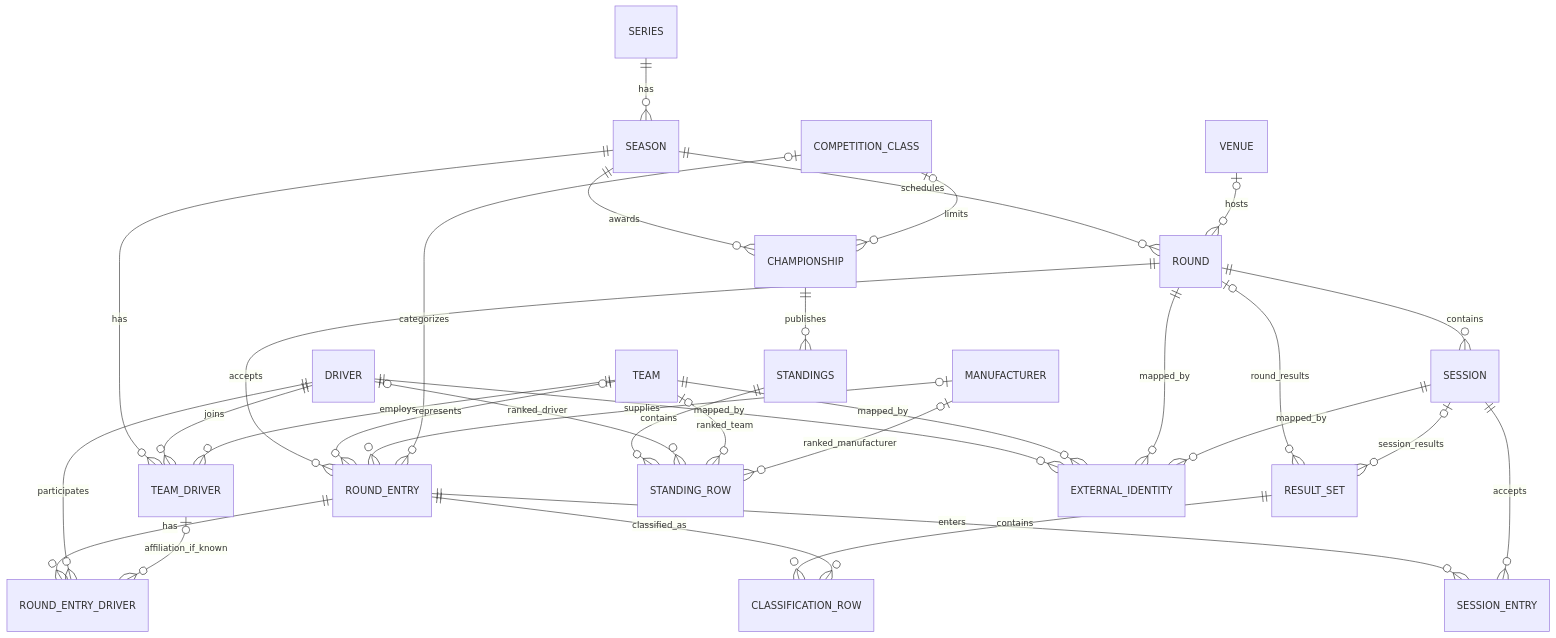
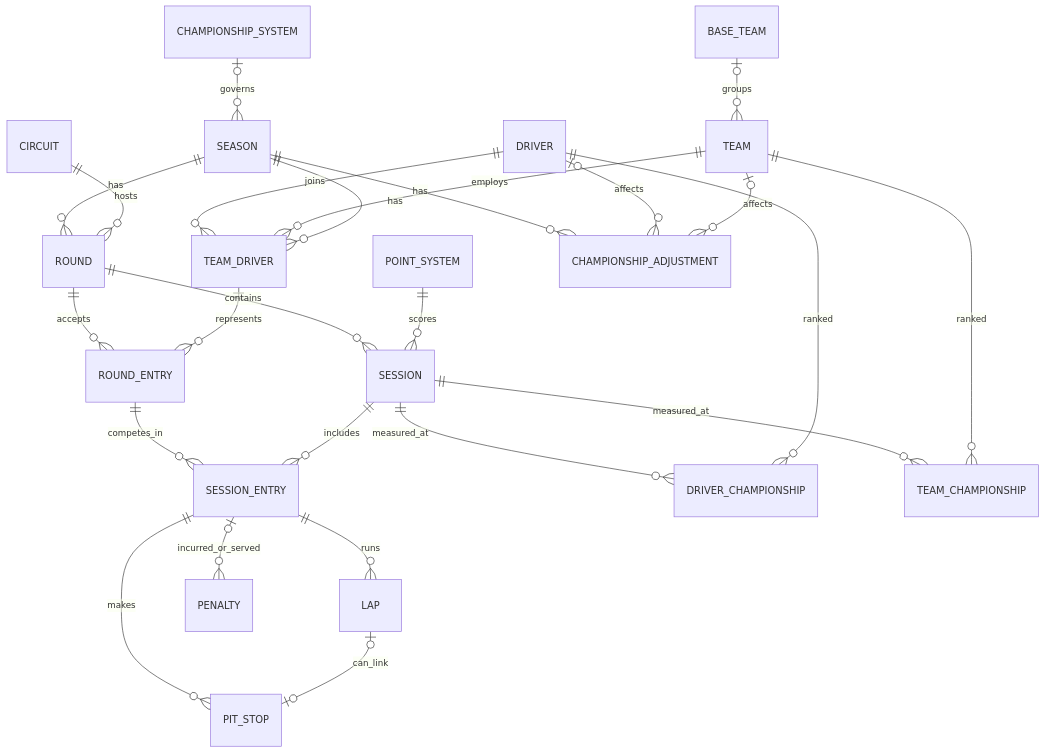
Before and after one commit to zhangxijing97/motorsport-tracker: the first of 2 diagrams in docs/data-model.md, drawn with Mermaid. The commit also changed other lines of this file, not shown here.

````diff
--- a/docs/data-model.md
+++ b/docs/data-model.md
@@ -7,39 +16,32 @@
 ```mermaid
 erDiagram
-  SERIES ||--o{ SEASON : has
-  SEASON ||--o{ ROUND : schedules
-  VENUE o|--o{ ROUND : hosts
+  SEASON ||--o{ ROUND : has
+  CIRCUIT ||--o{ ROUND : hosts
   ROUND ||--o{ SESSION : contains
 
-  SEASON ||--o{ TEAM_DRIVER : has
+  BASE_TEAM o|--o{ TEAM : groups
   DRIVER ||--o{ TEAM_DRIVER : joins
   TEAM ||--o{ TEAM_DRIVER : employs
+  SEASON ||--o{ TEAM_DRIVER : has
 
   ROUND ||--o{ ROUND_ENTRY : accepts
-  TEAM o|--o{ ROUND_ENTRY : represents
-  MANUFACTURER o|--o{ ROUND_ENTRY : supplies
-  COMPETITION_CLASS o|--o{ ROUND_ENTRY : categorizes
-  ROUND_ENTRY ||--o{ ROUND_ENTRY_DRIVER : has
-  DRIVER ||--o{ ROUND_ENTRY_DRIVER : participates
-  TEAM_DRIVER o|--o{ ROUND_ENTRY_DRIVER : affiliation_if_known
-  ROUND_ENTRY ||--o{ SESSION_ENTRY : enters
-  SESSION ||--o{ SESSION_ENTRY : accepts
+  TEAM_DRIVER ||--o{ ROUND_ENTRY : represents
+  ROUND_ENTRY ||--o{ SESSION_ENTRY : competes_in
+  SESSION ||--o{ SESSION_ENTRY : includes
 
-  ROUND o|--o{ RESULT_SET : round_results
-  SESSION o|--o{ RESULT_SET : session_results
-  RESULT_SET ||--o{ CLASSIFICATION_ROW : contains
-  ROUND_ENTRY ||--o{ CLASSIFICATION_ROW : classified_as
+  SESSION_ENTRY ||--o{ LAP : runs
+  SESSION_ENTRY ||--o{ PIT_STOP : makes
+  LAP o|--o| PIT_STOP : can_link
+  SESSION_ENTRY o|--o{ PENALTY : incurred_or_served
 
-  SEASON ||--o{ CHAMPIONSHIP : awards
-  COMPETITION_CLASS o|--o{ CHAMPIONSHIP : limits
-  CHAMPIONSHIP ||--o{ STANDINGS : publishes
-  STANDINGS ||--o{ STANDING_ROW : contains
-  DRIVER o|--o{ STANDING_ROW : ranked_driver
-  TEAM o|--o{ STANDING_ROW : ranked_team
-  MANUFACTURER o|--o{ STANDING_ROW : ranked_manufacturer
+  POINT_SYSTEM ||--o{ SESSION : scores
+  CHAMPIONSHIP_SYSTEM o|--o{ SEASON : governs
+  SEASON ||--o{ CHAMPIONSHIP_ADJUSTMENT : has
+  DRIVER o|--o{ CHAMPIONSHIP_ADJUSTMENT : affects
+  TEAM o|--o{ CHAMPIONSHIP_ADJUSTMENT : affects
 
-  DRIVER ||--o{ EXTERNAL_IDENTITY : mapped_by
-  TEAM ||--o{ EXTERNAL_IDENTITY : mapped_by
-  ROUND ||--o{ EXTERNAL_IDENTITY : mapped_by
-  SESSION ||--o{ EXTERNAL_IDENTITY : mapped_by
+  SESSION ||--o{ DRIVER_CHAMPIONSHIP : measured_at
+  DRIVER ||--o{ DRIVER_CHAMPIONSHIP : ranked
+  SESSION ||--o{ TEAM_CHAMPIONSHIP : measured_at
+  TEAM ||--o{ TEAM_CHAMPIONSHIP : ranked
 ```
````
